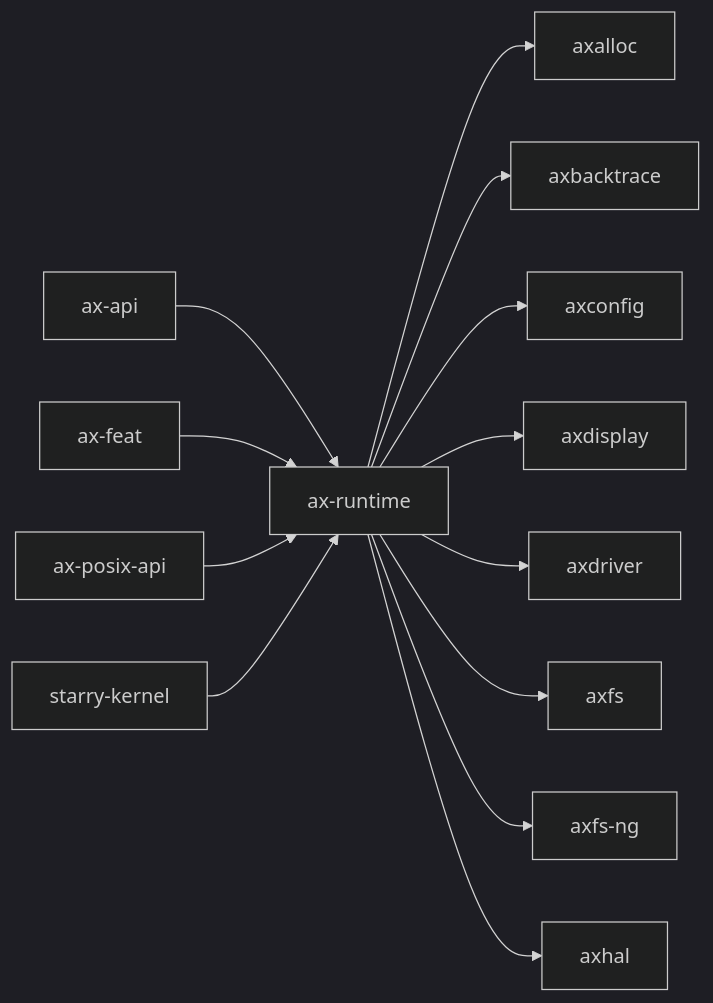
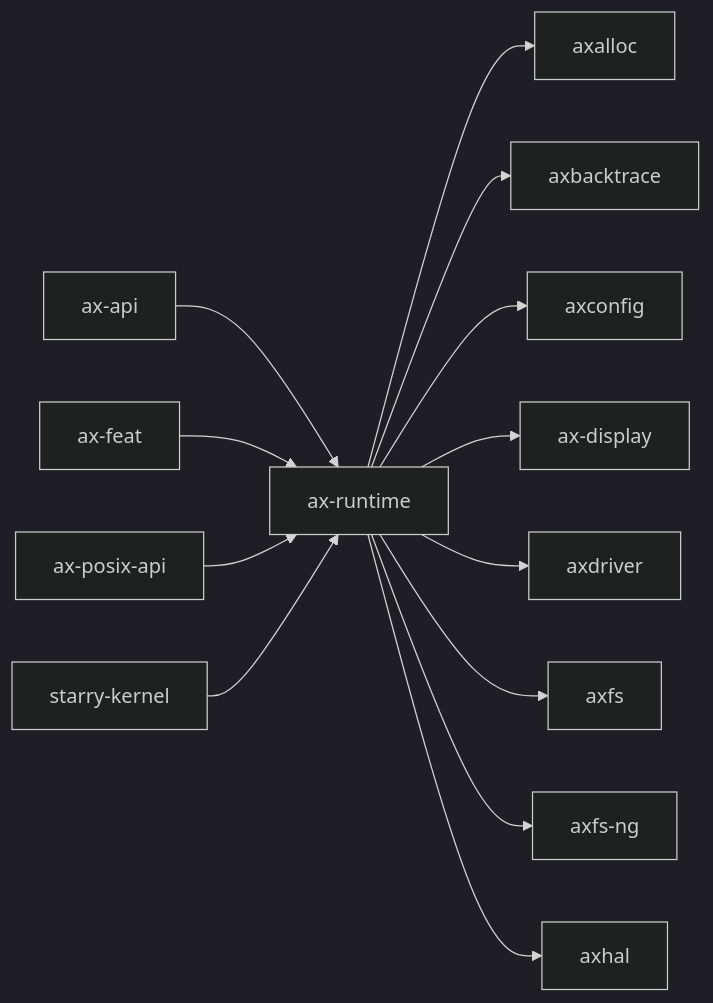
Before and after one commit to zKurisu/tgoskits: the diagram in docs/crates/ax-runtime.md, drawn with Mermaid (dark theme). The commit also changed other lines of this file and 42 other files, not shown here.

Commit message:
rename axdisplay to ax-display

````diff
--- a/docs/crates/ax-runtime.md
+++ b/docs/crates/ax-runtime.md
@@ -33,16 +33,16 @@
 ```mermaid
 graph LR
     current["ax-runtime"]
     current --> axalloc["axalloc"]
     current --> axbacktrace["axbacktrace"]
     current --> axconfig["axconfig"]
-    current --> axdisplay["axdisplay"]
+    current --> ax-display["ax-display"]
     current --> axdriver["axdriver"]
     current --> axfs["axfs"]
     current --> axfs_ng["axfs-ng"]
     current --> axhal["axhal"]
     ax_api["ax-api"] --> current
     ax_feat["ax-feat"] --> current
     ax_posix_api["ax-posix-api"] --> current
     starry_kernel["starry-kernel"] --> current
 ```
````
